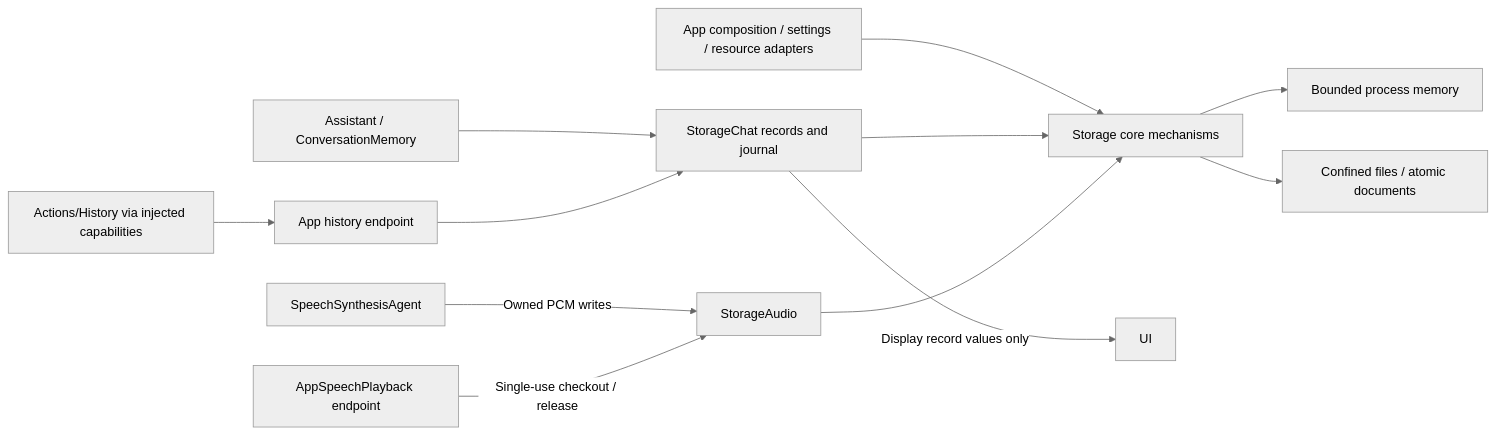
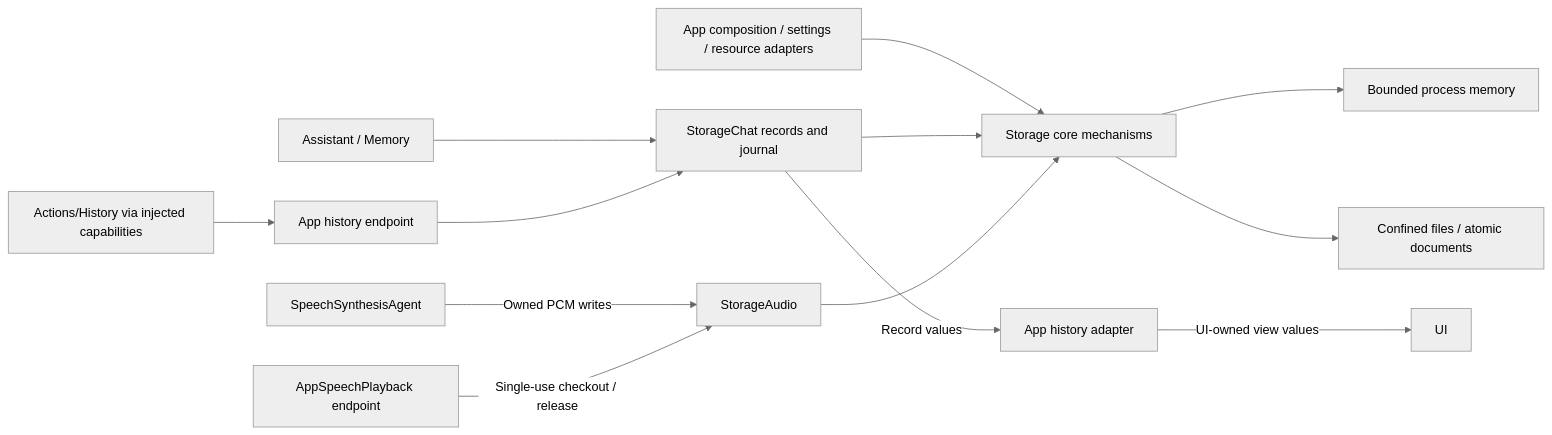
The first of 3 diagrams in MobileHarness/Storage/README.md (devilyouwei/MobileHarness), drawn with Mermaid (neutral theme) before and after one commit. The commit also changed other lines of this file and 201 other files, not shown here.

````diff
--- a/MobileHarness/Storage/README.md
+++ b/MobileHarness/Storage/README.md
@@ -11,14 +11,15 @@
 ```mermaid
 flowchart LR
     App[App composition / settings / resource adapters] --> Core[Storage core mechanisms]
-    Agents[Assistant / ConversationMemory] --> Chat[StorageChat records and journal]
+    Agents[Assistant / Memory] --> Chat[StorageChat records and journal]
     Functions[Actions/History via injected capabilities] --> HistoryHost[App history endpoint]
     HistoryHost --> Chat
     Chat --> Core
     Synth[SpeechSynthesisAgent] -->|Owned PCM writes| Audio[StorageAudio]
     Playback[AppSpeechPlayback endpoint] -->|Single-use checkout / release| Audio
     Audio --> Core
     Core --> Memory[Bounded process memory]
     Core --> Files[Confined files / atomic documents]
-    Chat -->|Display record values only| UI[UI]
+    Chat -->|Record values| Adapter[App history adapter]
+    Adapter -->|UI-owned view values| UI[UI]
 ```
````
